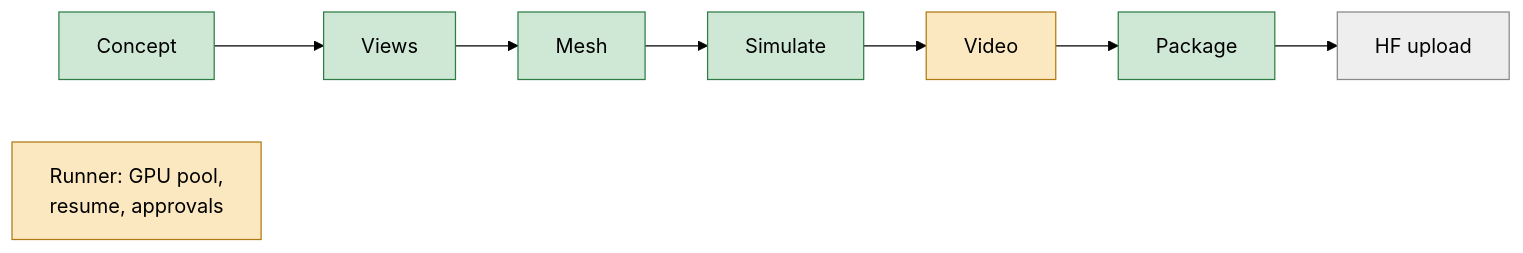
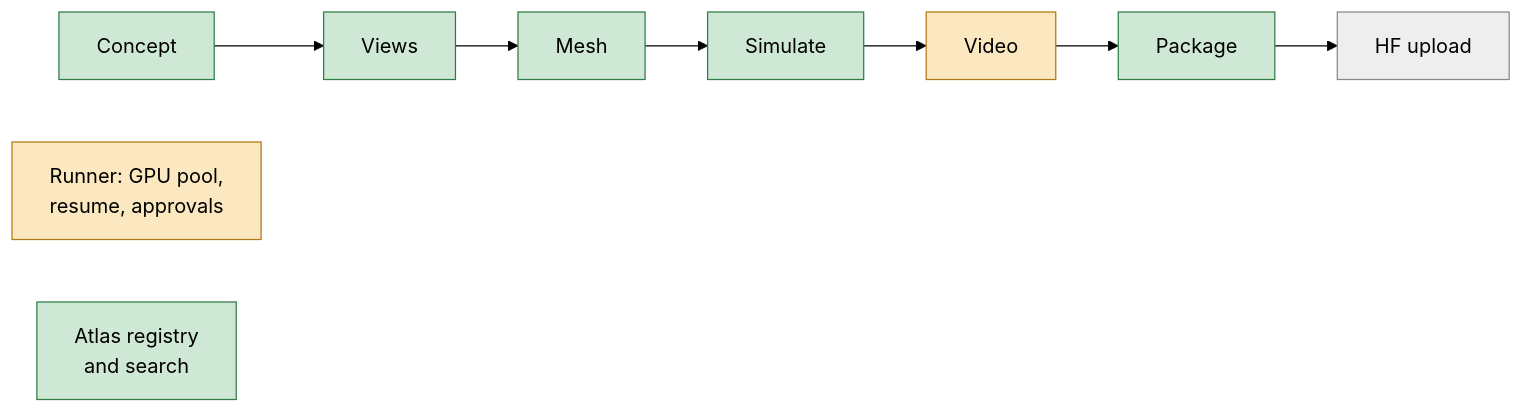
One commit to Hrrsmjd/flowarc changed the sixth of 6 diagrams in docs/overview.md. Above: the diagram before and after it, drawn with Mermaid (forest theme). The commit also changed other lines of this file, not shown here.

First line of the commit message:
Overview: MongoDB Atlas registry, its features and the Stream Processing decision

````diff
--- a/docs/overview.md
+++ b/docs/overview.md
@@ -109,8 +138,9 @@
 ```mermaid
 flowchart LR
     classDef done fill:#cfe8d5,stroke:#2f7d46
     classDef part fill:#fbe8c0,stroke:#b07a12
     classDef todo fill:#eeeeee,stroke:#888
     c[Concept]:::done --> v[Views]:::done --> m[Mesh]:::done --> s[Simulate]:::done --> r[Video]:::part --> p[Package]:::done --> u[HF upload]:::todo
     o[Runner: GPU pool,<br/>resume, approvals]:::part
+    a[Atlas registry<br/>and search]:::done
 ```
````
